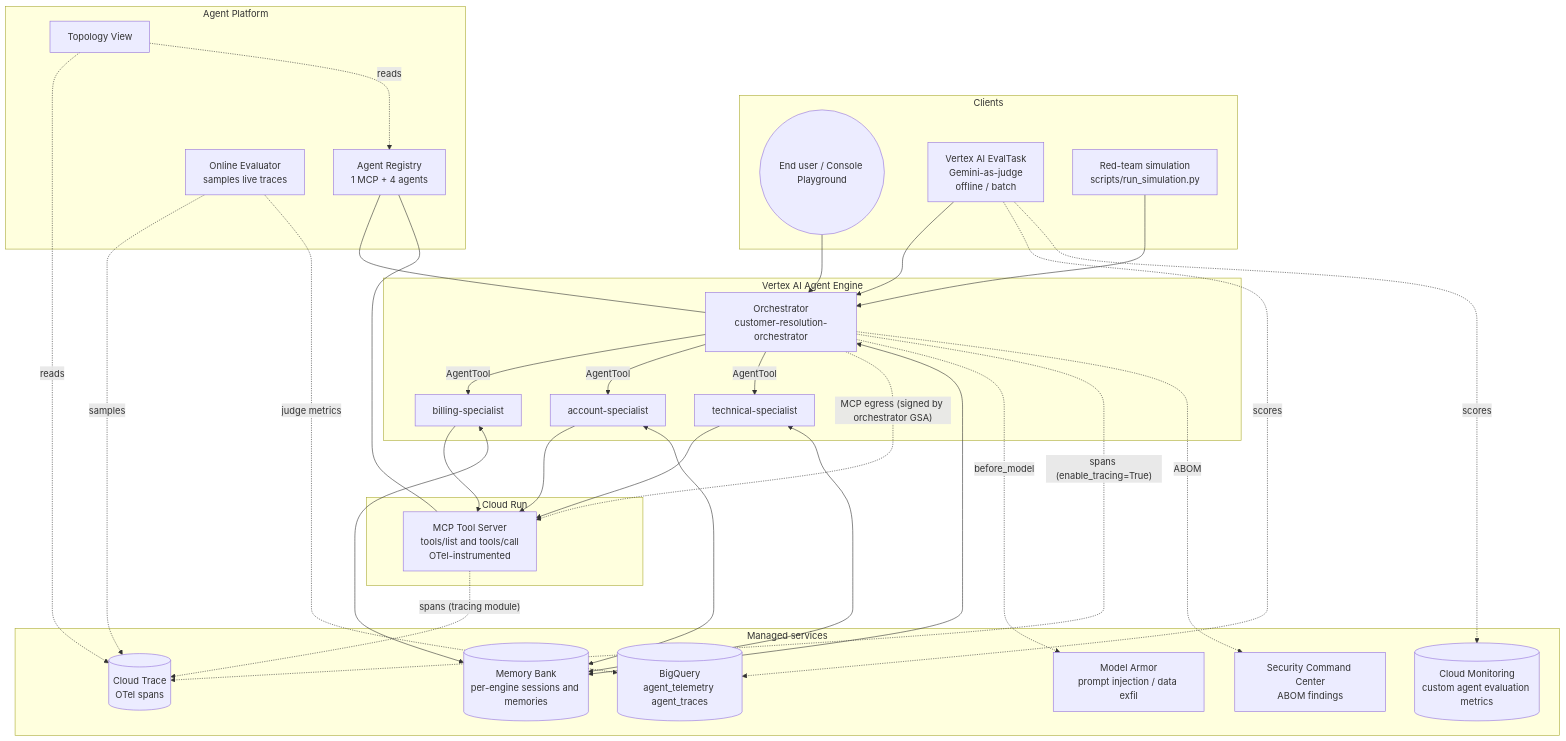
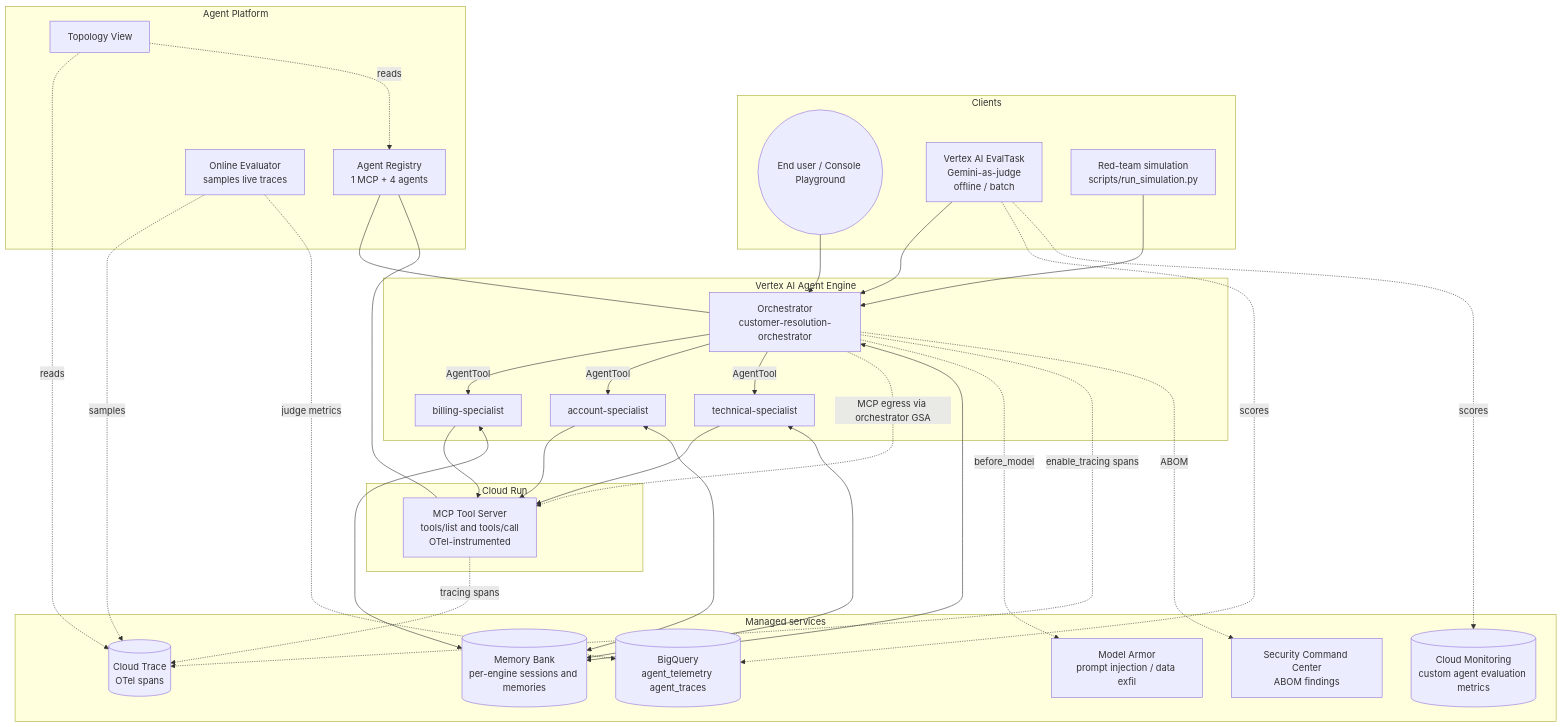
Before and after one commit to nikhilbhide/agent-evaluation-reference: the diagram in README.md, drawn with Mermaid.

Commit message:
fix(docs): use pipe-form labels so mermaid diagram renders on GitHub
Inline-quoted edge labels (`-. "text" .->`) aren't valid mermaid syntax;
parens and `=` inside the quotes broke GitHub's renderer. Switched all
dotted edges to `-.->|text|` form.

````diff
--- a/README.md
+++ b/README.md
@@ -17,65 +17,65 @@
 ```mermaid
 graph TD
     subgraph CLIENTS["Clients"]
         USERS(("End user / Console Playground"))
         EVAL["Vertex AI EvalTask<br/>Gemini-as-judge<br/>offline / batch"]
         REDTEAM["Red-team simulation<br/>scripts/run_simulation.py"]
     end
 
     subgraph AE["Vertex AI Agent Engine"]
         ORCH["Orchestrator<br/>customer-resolution-orchestrator"]
         BILL["billing-specialist"]
         ACCT["account-specialist"]
         TECH["technical-specialist"]
         ORCH -->|AgentTool| BILL
         ORCH -->|AgentTool| ACCT
         ORCH -->|AgentTool| TECH
     end
 
     subgraph MCP_GROUP["Cloud Run"]
         MCPSRV["MCP Tool Server<br/>tools/list and tools/call<br/>OTel-instrumented"]
     end
 
     subgraph DATA["Managed services"]
         MB[("Memory Bank<br/>per-engine sessions and memories")]
         BQ[("BigQuery<br/>agent_telemetry agent_traces")]
         CT[("Cloud Trace<br/>OTel spans")]
         CM[("Cloud Monitoring<br/>custom agent evaluation metrics")]
         SCC["Security Command Center<br/>ABOM findings"]
         ARMOR["Model Armor<br/>prompt injection / data exfil"]
     end
 
     subgraph PLATFORM["Agent Platform"]
         REG["Agent Registry<br/>1 MCP + 4 agents"]
         TOPO["Topology View"]
         ONLINE["Online Evaluator<br/>samples live traces"]
     end
 
     USERS --> ORCH
     EVAL --> ORCH
     REDTEAM --> ORCH
 
     BILL --> MCPSRV
     ACCT --> MCPSRV
     TECH --> MCPSRV
-    ORCH -. "MCP egress (signed by orchestrator GSA)" .-> MCPSRV
+    ORCH -.->|MCP egress via orchestrator GSA| MCPSRV
 
     ORCH <--> MB
     BILL <--> MB
     ACCT <--> MB
     TECH <--> MB
 
-    ORCH -. "before_model" .-> ARMOR
-    ORCH -. "spans (enable_tracing=True)" .-> CT
-    MCPSRV -. "spans (tracing module)" .-> CT
-    EVAL -. "scores" .-> BQ
-    EVAL -. "scores" .-> CM
-    ORCH -. "ABOM" .-> SCC
+    ORCH -.->|before_model| ARMOR
+    ORCH -.->|enable_tracing spans| CT
+    MCPSRV -.->|tracing spans| CT
+    EVAL -.->|scores| BQ
+    EVAL -.->|scores| CM
+    ORCH -.->|ABOM| SCC
 
     REG --- ORCH
     REG --- MCPSRV
-    TOPO -. "reads" .-> CT
-    TOPO -. "reads" .-> REG
-    ONLINE -. "samples" .-> CT
-    ONLINE -. "judge metrics" .-> BQ
+    TOPO -.->|reads| CT
+    TOPO -.->|reads| REG
+    ONLINE -.->|samples| CT
+    ONLINE -.->|judge metrics| BQ
 ```
````
